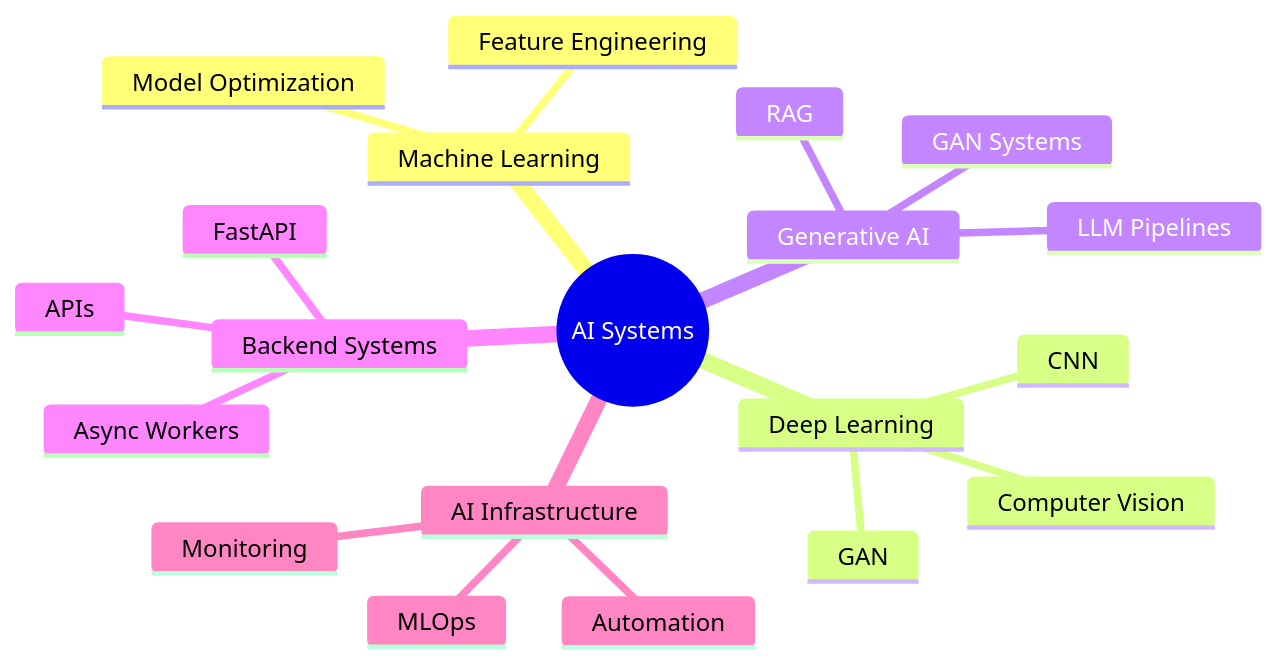
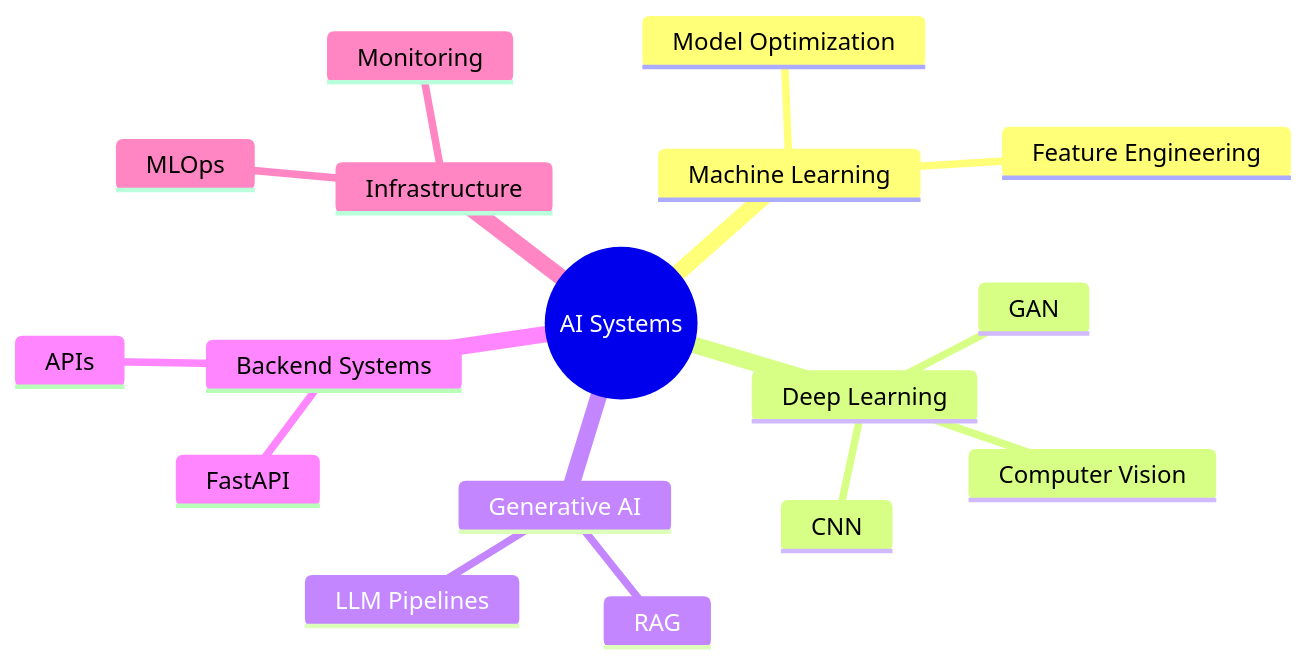
One commit to sivarajv04/sivarajv04 changed the second of 5 diagrams in README.md. Above: the diagram before and after it, drawn with Mermaid. The commit also changed other lines of this file, not shown here.

````diff
--- a/README.md
+++ b/README.md
@@ -62,23 +74,20 @@
 ```mermaid
 mindmap
-  root((AI Systems))
-    Machine Learning
-      Feature Engineering
-      Model Optimization
-    Deep Learning
-      CNN
-      GAN
-      Computer Vision
-    Generative AI
-      GAN Systems
-      LLM Pipelines
-      RAG
-    Backend Systems
-      FastAPI
-      APIs
-      Async Workers
-    AI Infrastructure
-      MLOps
-      Monitoring
-      Automation
+root((AI Systems))
+  Machine Learning
+    Feature Engineering
+    Model Optimization
+  Deep Learning
+    CNN
+    GAN
+    Computer Vision
+  Generative AI
+    LLM Pipelines
+    RAG
+  Backend Systems
+    FastAPI
+    APIs
+  Infrastructure
+    MLOps
+    Monitoring
 ```
````
